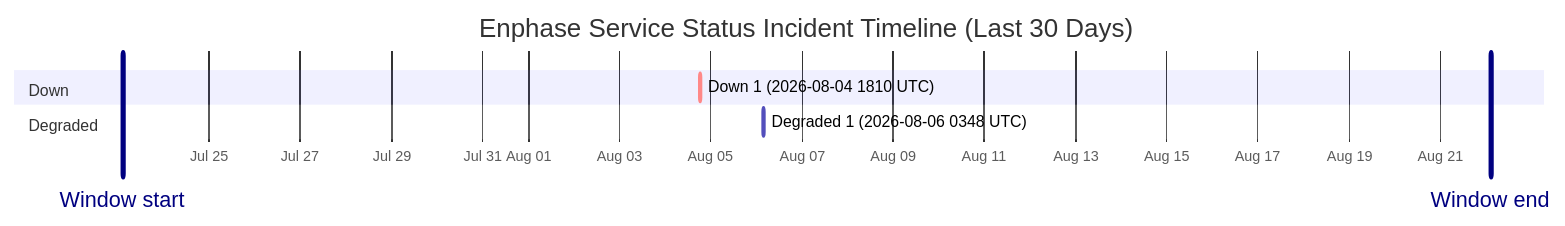
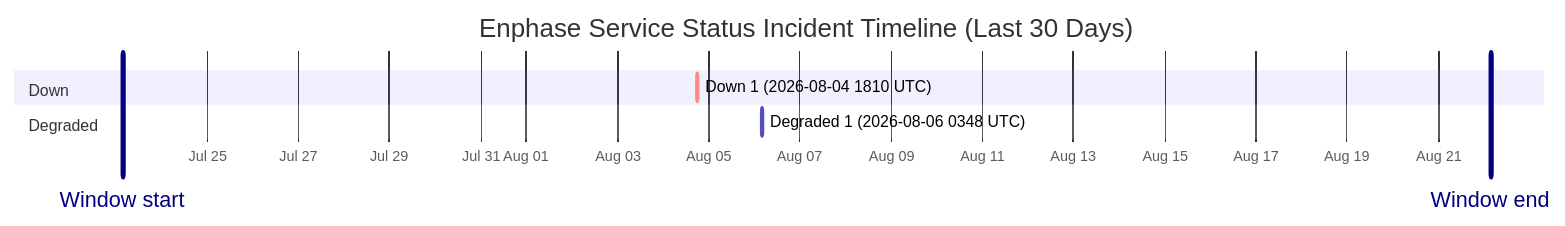
Before and after one commit to barneyonline/ha-enphase-energy: the diagram in wiki/Service-Status-History.md, drawn with Mermaid. The commit also changed other lines of this file and 3 other files, not shown here.

````diff
--- a/wiki/Service-Status-History.md
+++ b/wiki/Service-Status-History.md
@@ -14,12 +14,12 @@
 ```mermaid
 gantt
     title Enphase Service Status Incident Timeline (Last 30 Days)
     dateFormat  YYYY-MM-DDTHH:mm:ss
     axisFormat  %b %d
-    Window start :vert, window-start, 2026-07-23T02:34:04, 0ms
-    Window end :vert, window-end, 2026-08-22T02:34:04, 0ms
+    Window start :vert, window-start, 2026-07-23T03:39:28, 0ms
+    Window end :vert, window-end, 2026-08-22T03:39:28, 0ms
     section Down
     Down 1 (2026-08-04 1810 UTC) :crit, down-1, 2026-08-04T18:10:46, 60m
     section Degraded
     Degraded 1 (2026-08-06 0348 UTC) :active, degraded-1, 2026-08-06T03:48:14, 60m
 ```
````
